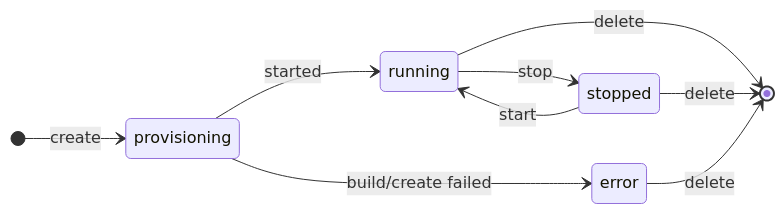
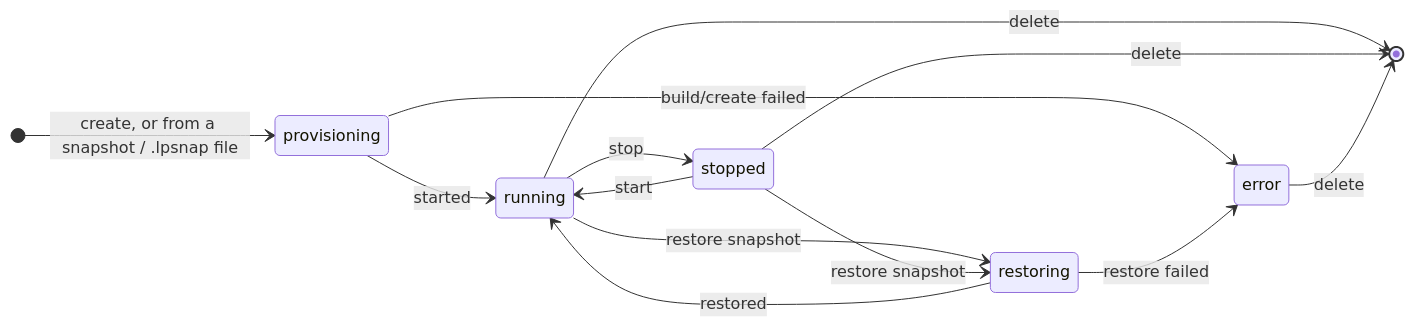
Before and after one commit to AbrarDW/lps: the second of 2 diagrams in docs/vps.md, drawn with Mermaid. The commit also changed other lines of this file and 17 other files, not shown here.

First line of the commit message:
Refresh docs screenshots and diagrams for the current features

````diff
--- a/docs/vps.md
+++ b/docs/vps.md
@@ -72,12 +74,16 @@
 ```mermaid
 stateDiagram-v2
     direction LR
-    [*] --> provisioning: create
+    [*] --> provisioning: create, or from a snapshot / .lpsnap file
     provisioning --> running: started
     provisioning --> error: build/create failed
     running --> stopped: stop
     stopped --> running: start
+    running --> restoring: restore snapshot
+    stopped --> restoring: restore snapshot
+    restoring --> running: restored
+    restoring --> error: restore failed
     running --> [*]: delete
     stopped --> [*]: delete
     error --> [*]: delete
 ```
````
